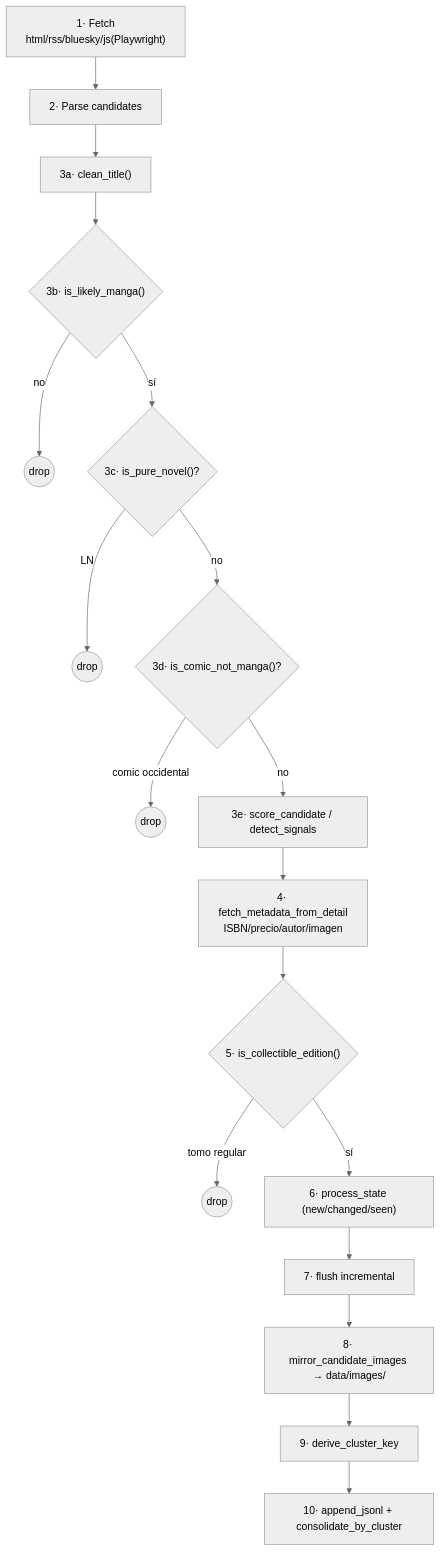
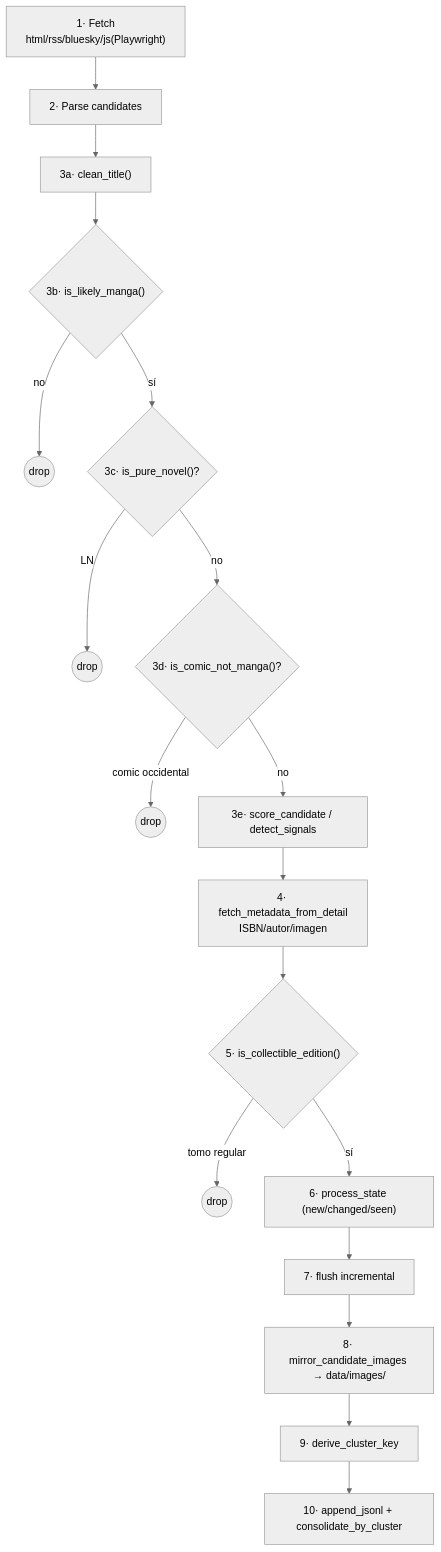
One commit to MineiToshio/PandaWatch changed the fourth of 6 diagrams in docs/scraper/PIPELINE-WALKTHROUGH.md. Above: the diagram before and after it, drawn with Mermaid (neutral theme). The commit also changed other lines of this file and 36 other files, not shown here.

````diff
--- a/docs/scraper/PIPELINE-WALKTHROUGH.md
+++ b/docs/scraper/PIPELINE-WALKTHROUGH.md
@@ -161,20 +161,20 @@
 ```mermaid
 flowchart TD
     FETCH["1· Fetch<br/>html/rss/bluesky/js(Playwright)"] --> PARSE["2· Parse candidates"]
     PARSE --> CLEAN["3a· clean_title()"]
     CLEAN --> MANGA{"3b· is_likely_manga()"}
     MANGA -->|no| D1((drop))
     MANGA -->|sí| NOVEL{"3c· is_pure_novel()?"}
     NOVEL -->|LN| D2((drop))
     NOVEL -->|no| COMIC{"3d· is_comic_not_manga()?"}
     COMIC -->|comic occidental| D3((drop))
     COMIC -->|no| SCORE["3e· score_candidate / detect_signals"]
-    SCORE --> DETAIL["4· fetch_metadata_from_detail<br/>ISBN/precio/autor/imagen"]
+    SCORE --> DETAIL["4· fetch_metadata_from_detail<br/>ISBN/autor/imagen"]
     DETAIL --> GATE{"5· is_collectible_edition()"}
     GATE -->|tomo regular| D4((drop))
     GATE -->|sí| STATE["6· process_state (new/changed/seen)"]
     STATE --> FLUSH["7· flush incremental"]
     FLUSH --> IMG["8· mirror_candidate_images → data/images/"]
     IMG --> CK["9· derive_cluster_key"]
     CK --> PERSIST["10· append_jsonl + consolidate_by_cluster"]
 ```
````
